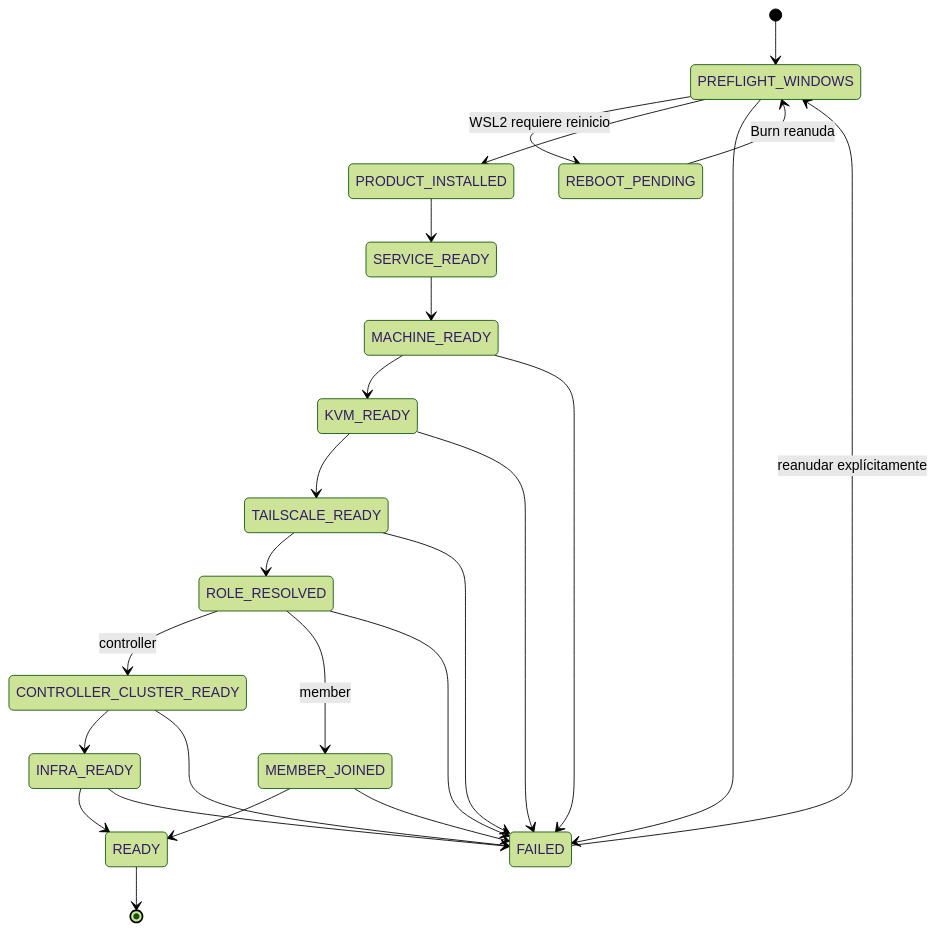
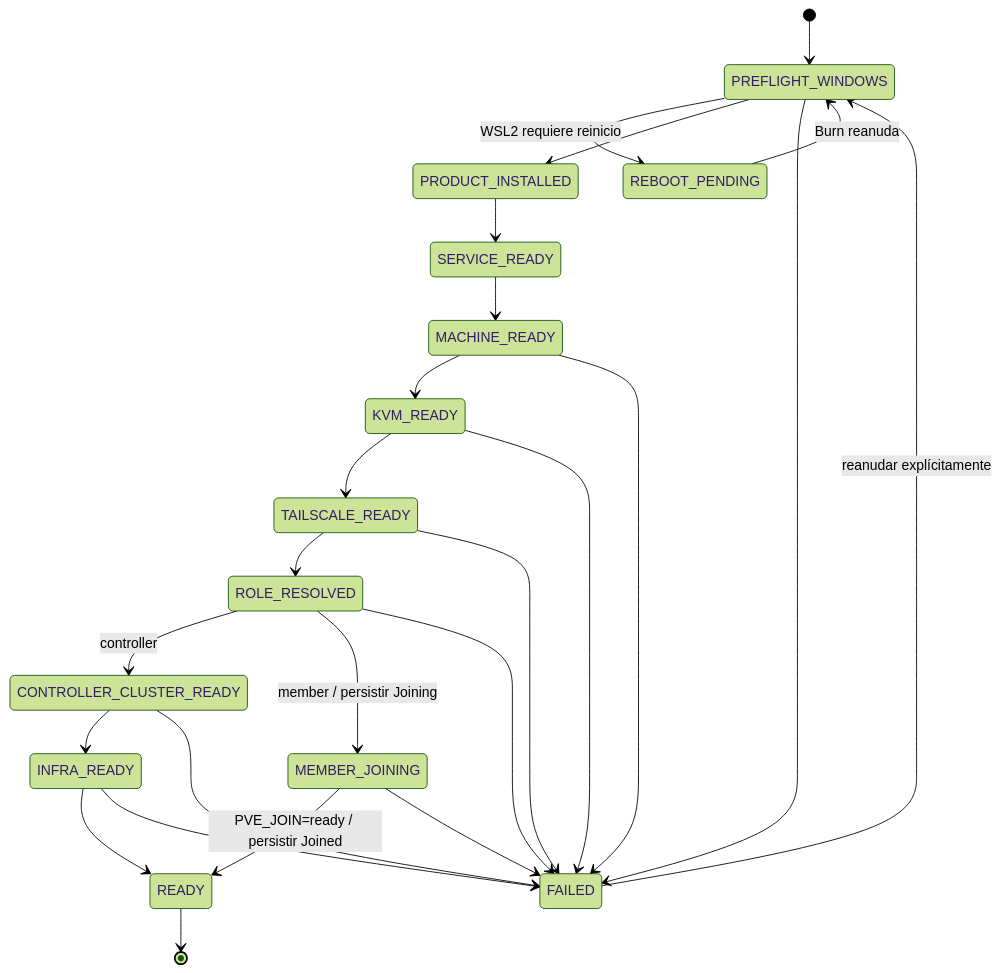
The fifth of 5 diagrams in docs/ARCHITECTURE.md (mayas-alas/quetzalcoatl), drawn with Mermaid (forest theme) before and after one commit. The commit also changed other lines of this file and 33 other files, not shown here.

````diff
--- a/docs/ARCHITECTURE.md
+++ b/docs/ARCHITECTURE.md
@@ -458,28 +462,28 @@
 ```mermaid
 stateDiagram-v2
     [*] --> PREFLIGHT_WINDOWS
     PREFLIGHT_WINDOWS --> REBOOT_PENDING: WSL2 requiere reinicio
     REBOOT_PENDING --> PREFLIGHT_WINDOWS: Burn reanuda
     PREFLIGHT_WINDOWS --> PRODUCT_INSTALLED
     PRODUCT_INSTALLED --> SERVICE_READY
     SERVICE_READY --> MACHINE_READY
     MACHINE_READY --> KVM_READY
     KVM_READY --> TAILSCALE_READY
     TAILSCALE_READY --> ROLE_RESOLVED
     ROLE_RESOLVED --> CONTROLLER_CLUSTER_READY: controller
-    ROLE_RESOLVED --> MEMBER_JOINED: member
+    ROLE_RESOLVED --> MEMBER_JOINING: member / persistir Joining
     CONTROLLER_CLUSTER_READY --> INFRA_READY
     INFRA_READY --> READY
-    MEMBER_JOINED --> READY
+    MEMBER_JOINING --> READY: PVE_JOIN=ready / persistir Joined
     READY --> [*]
 
     PREFLIGHT_WINDOWS --> FAILED
     MACHINE_READY --> FAILED
     KVM_READY --> FAILED
     TAILSCALE_READY --> FAILED
     ROLE_RESOLVED --> FAILED
     CONTROLLER_CLUSTER_READY --> FAILED
-    MEMBER_JOINED --> FAILED
+    MEMBER_JOINING --> FAILED
     INFRA_READY --> FAILED
     FAILED --> PREFLIGHT_WINDOWS: reanudar explícitamente
 ```
````
